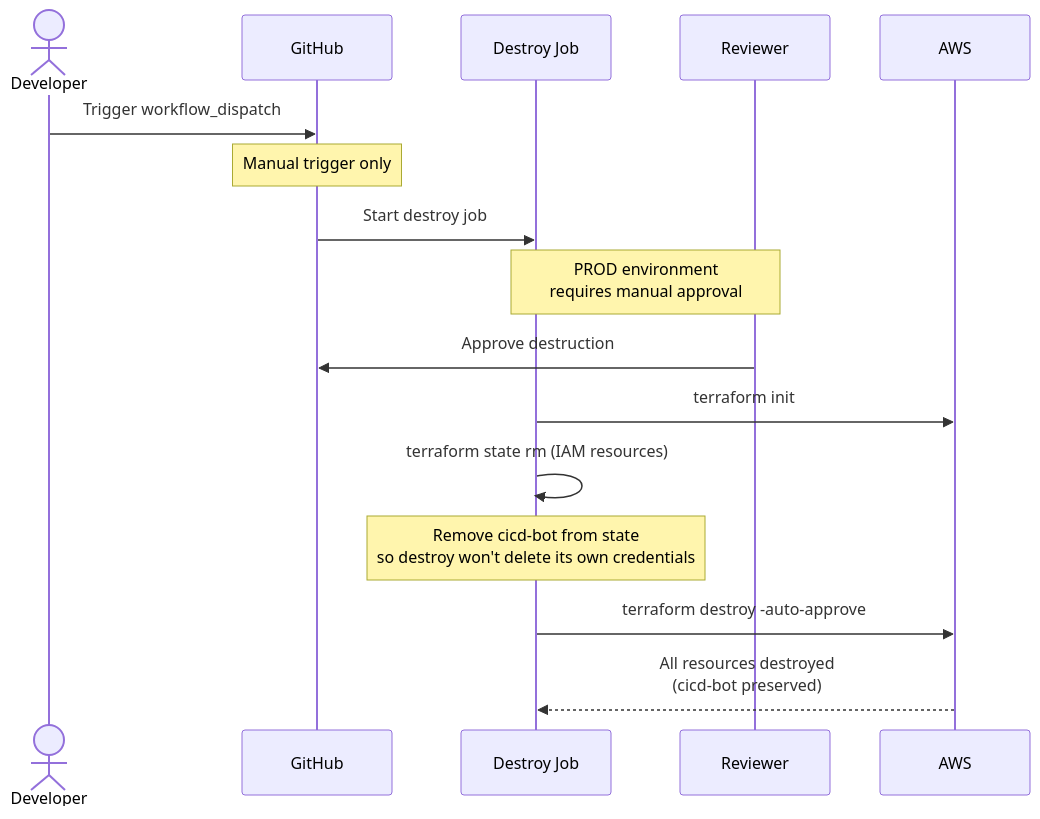
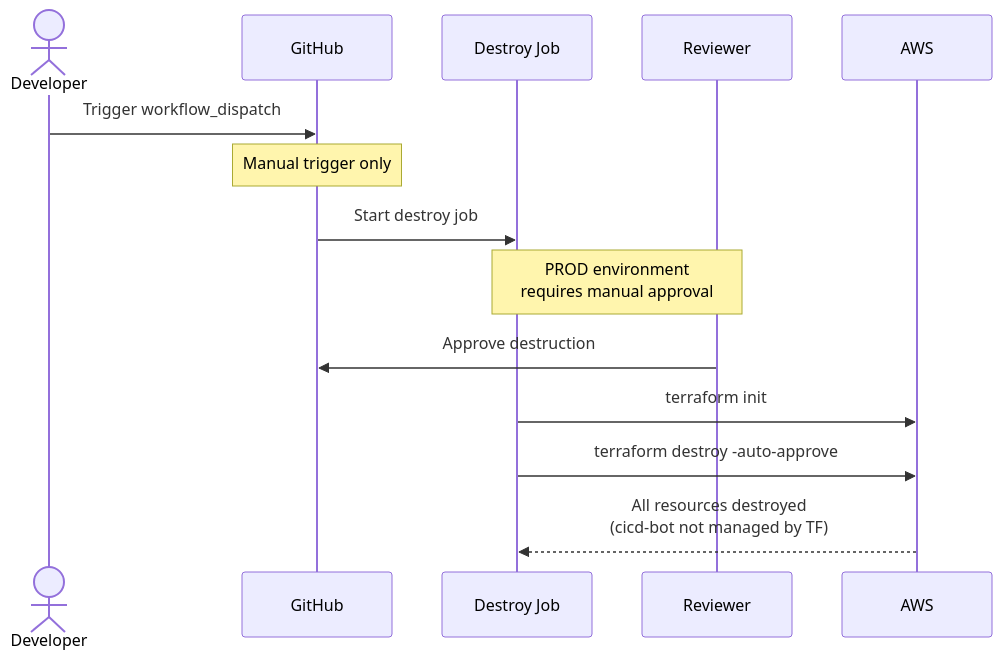
The fourth of 5 diagrams in docs/architecture.md (kse-bd8338bbe006/aws-env-setup), drawn with Mermaid before and after one commit. The commit also changed other lines of this file and 4 other files, not shown here.

Commit message:
refactor: remove IAM user and related policies from Terraform management

````diff
--- a/docs/architecture.md
+++ b/docs/architecture.md
@@ -120,23 +120,21 @@
 ```mermaid
 sequenceDiagram
     actor Dev as Developer
     participant GH as GitHub
     participant DJ as Destroy Job
     participant Approver as Reviewer
     participant AWS as AWS
 
     Dev->>GH: Trigger workflow_dispatch
 
     Note over GH: Manual trigger only
 
     GH->>DJ: Start destroy job
 
     Note over DJ,Approver: PROD environment<br/>requires manual approval
 
     Approver->>GH: Approve destruction
     DJ->>AWS: terraform init
-    DJ->>DJ: terraform state rm (IAM resources)
-    Note over DJ: Remove cicd-bot from state<br/>so destroy won't delete its own credentials
     DJ->>AWS: terraform destroy -auto-approve
-    AWS-->>DJ: All resources destroyed<br/>(cicd-bot preserved)
+    AWS-->>DJ: All resources destroyed<br/>(cicd-bot not managed by TF)
 ```
````
